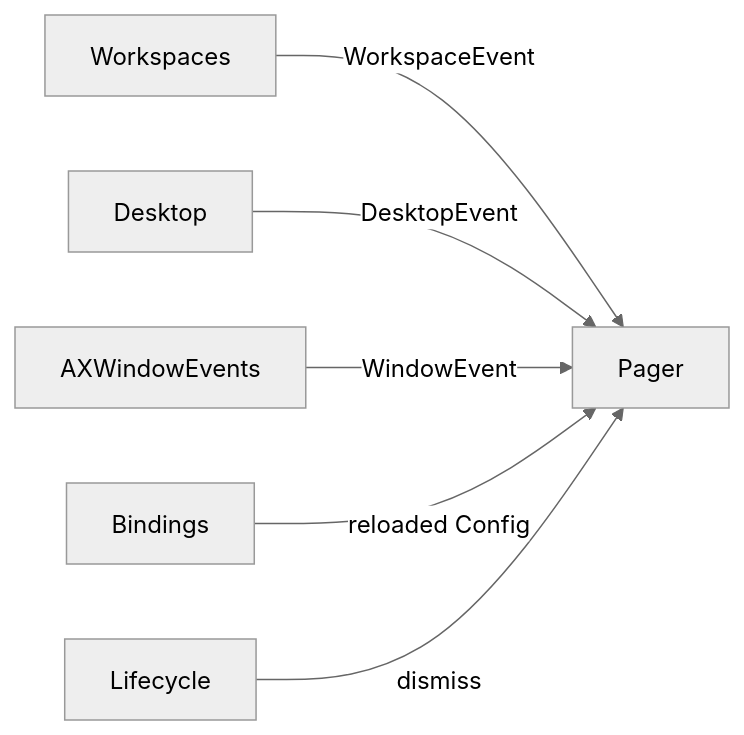
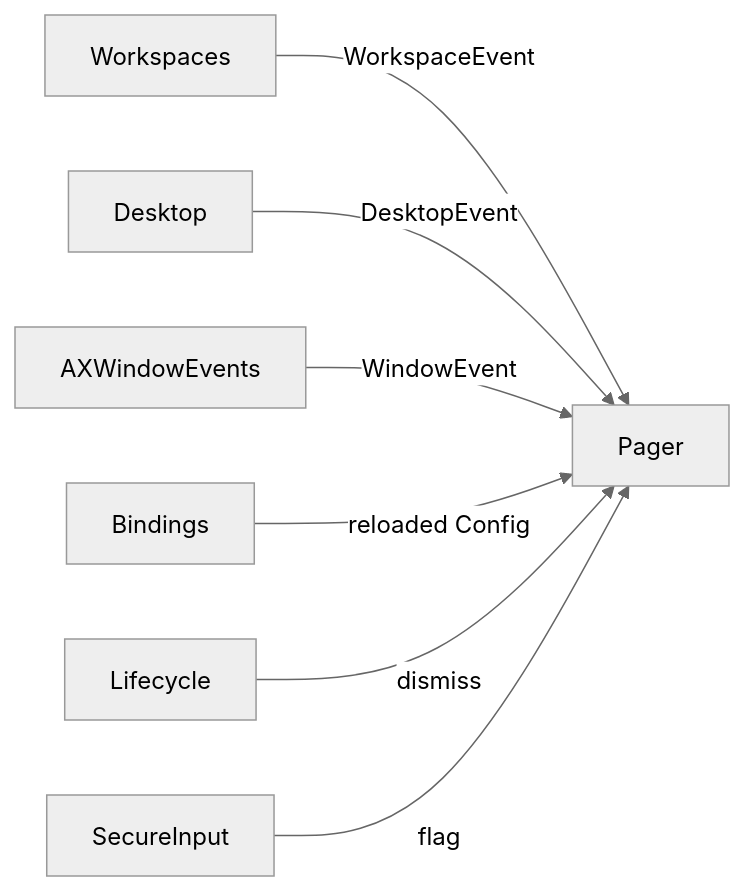
One commit to brennovich/ottowm changed the eighth of 22 diagrams in ARCHITECTURE.md. Above: the diagram before and after it, drawn with Mermaid (neutral theme). The commit also changed other lines of this file and 15 other files, not shown here.

````diff
--- a/ARCHITECTURE.md
+++ b/ARCHITECTURE.md
@@ -158,8 +158,9 @@
 ```mermaid
 flowchart LR
     Workspaces -->|WorkspaceEvent| Pager
     Desktop -->|DesktopEvent| Pager
     AXWindowEvents -->|WindowEvent| Pager
     Bindings -->|reloaded Config| Pager
     Lifecycle -->|dismiss| Pager
+    SecureInput -->|flag| Pager
 ```
````
